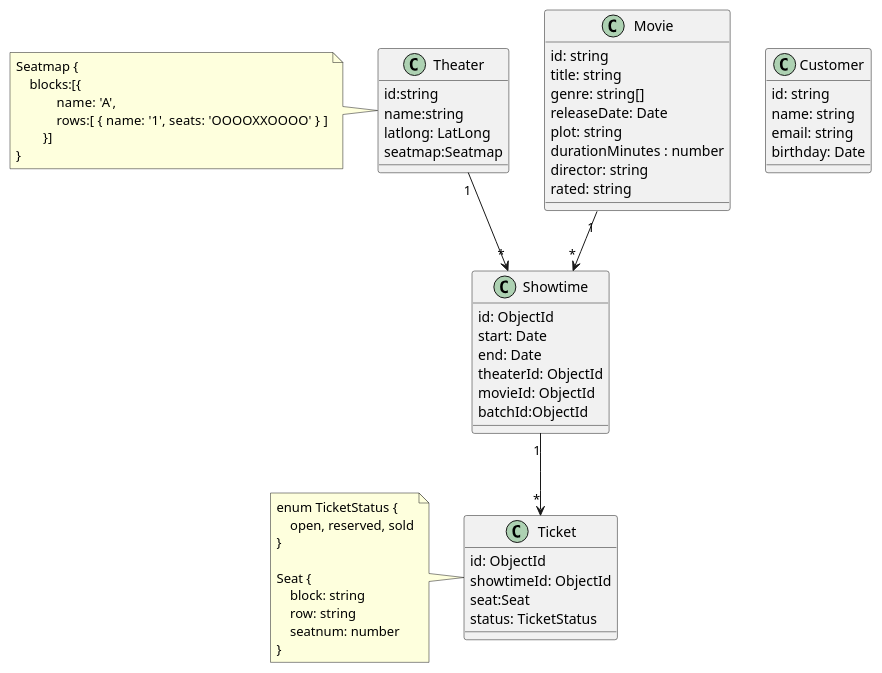
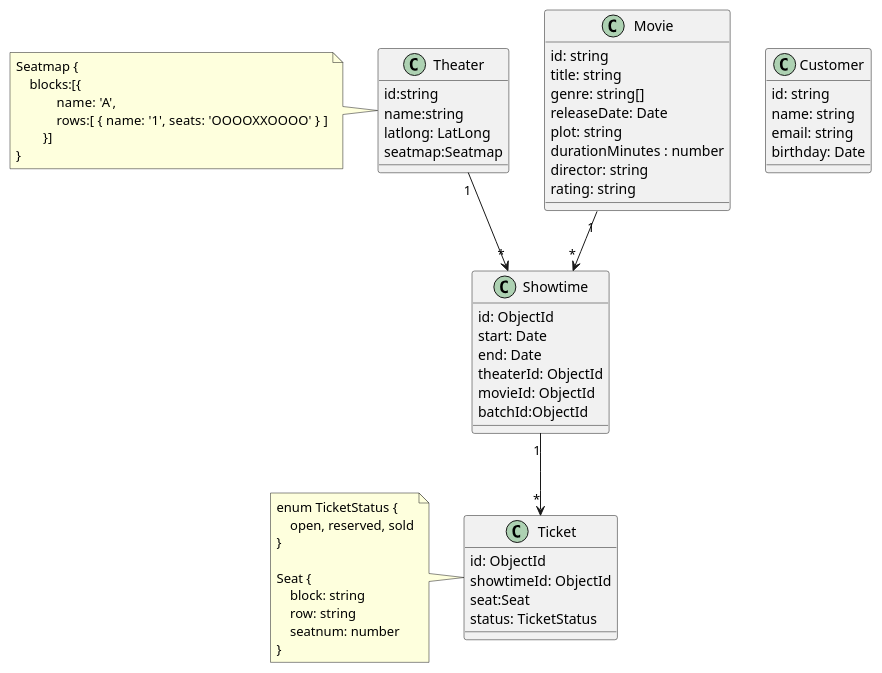
One commit to hunjuly/nest-seed changed the diagram in docs/entities.md. Above: the diagram before and after it, drawn with PlantUML. The commit also changed 9 other files, not shown here.

````diff
--- a/docs/entities.md
+++ b/docs/entities.md
@@ -19,68 +19,68 @@
 ```plantuml
 @startuml
 class Customer {
     id: string
     name: string
     email: string
     birthday: Date
 }
 
 class Movie {
     id: string
     title: string
     genre: string[]
     releaseDate: Date
     plot: string
     durationMinutes : number
     director: string
-    rated: string
+    rating: string
 }
 
 class Theater{
     id:string
     name:string
     latlong: LatLong
     seatmap:Seatmap
 }
 note left
 Seatmap {
     blocks:[{
             name: 'A',
             rows:[ {  name: '1', seats: 'OOOOXXOOOO' } ]
         }]
 }
 end note
 
 class Showtime {
     id: ObjectId
     start: Date
     end: Date
     theaterId: ObjectId
     movieId: ObjectId
     batchId:ObjectId
 }
 
 class Ticket {
     id: ObjectId
     showtimeId: ObjectId
     seat:Seat
     status: TicketStatus
 }
 
 note left
 enum TicketStatus {
     open, reserved, sold
 }
 
 Seat {
     block: string
     row: string
     seatnum: number
 }
 end note
 
 Showtime "1" --> "*" Ticket
 Movie "1" --> "*" Showtime
 Theater "1" --> "*" Showtime
 @enduml
 ```
````
